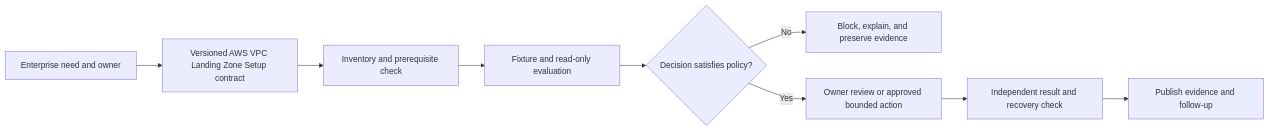
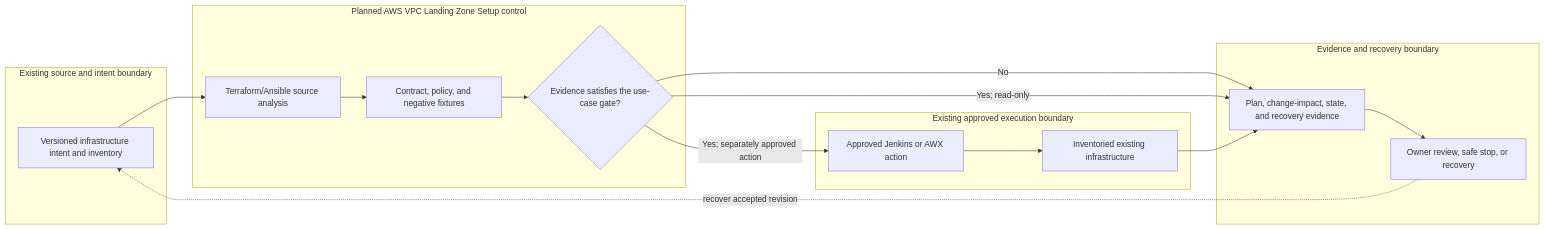
The diagram in docs/use-cases/infrastructure/UC-INFRA-003-aws-vpc-landing-zone-setup.md (MIDHTECH/enterprise-architecture-docs), drawn with Mermaid before and after one commit. The commit also changed other lines of this file and 227 other files, not shown here.

Commit message:
Deepen architecture for all use case designs

````diff
--- a/docs/use-cases/infrastructure/UC-INFRA-003-aws-vpc-landing-zone-setup.md
+++ b/docs/use-cases/infrastructure/UC-INFRA-003-aws-vpc-landing-zone-setup.md
@@ -136,11 +129,25 @@
 ```mermaid
 flowchart LR
-    Need["Enterprise need and owner"] --> Contract["Versioned AWS VPC Landing Zone Setup contract"]
-    Contract --> Preflight["Inventory and prerequisite check"]
-    Preflight --> Evaluate["Fixture and read-only evaluation"]
-    Evaluate --> Decision{"Decision satisfies policy?"}
-    Decision -->|No| Stop["Block, explain, and preserve evidence"]
-    Decision -->|Yes| Review["Owner review or approved bounded action"]
-    Review --> Verify["Independent result and recovery check"]
-    Verify --> Publish["Publish evidence and follow-up"]
+    subgraph Source["Existing source and intent boundary"]
+        A["Versioned infrastructure intent and inventory"]
+    end
+    subgraph Planned["Planned AWS VPC Landing Zone Setup control"]
+        B["Terraform/Ansible source analysis"]
+        C["Contract, policy, and negative fixtures"]
+        D{"Evidence satisfies the use-case gate?"}
+    end
+    subgraph Runtime["Existing approved execution boundary"]
+        E["Approved Jenkins or AWX action"]
+        F["Inventoried existing infrastructure"]
+    end
+    subgraph Assurance["Evidence and recovery boundary"]
+        G["Plan, change-impact, state, and recovery evidence"]
+        H["Owner review, safe stop, or recovery"]
+    end
+
+    A --> B --> C --> D
+    D -->|No| G --> H
+    D -->|Yes; read-only| G
+    D -->|Yes; separately approved action| E --> F --> G
+    H -. recover accepted revision .-> A
 ```
````
